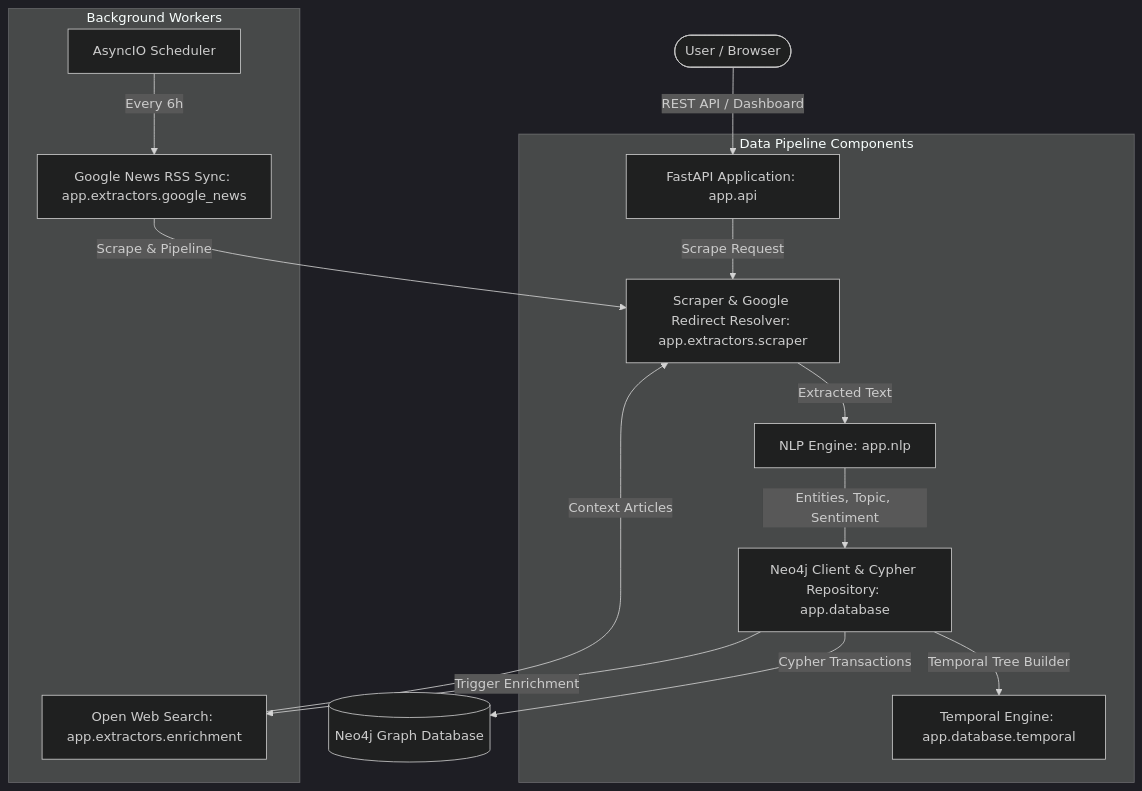
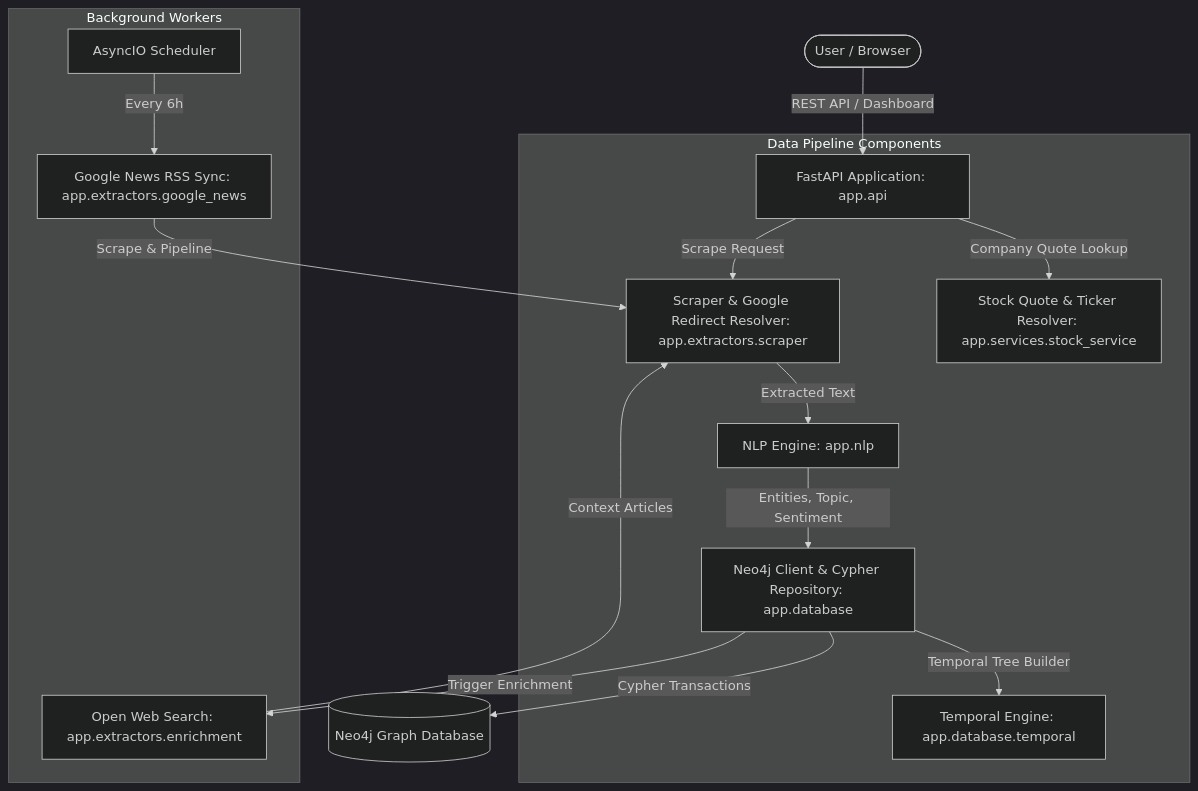
One commit to prabudhap/intelligence-engine changed the diagram in README.md. Above: the diagram before and after it, drawn with Mermaid (dark theme). The commit also changed other lines of this file, not shown here.

Commit message:
docs: update README with stock service, financial analytics, security, and container healthchecks

````diff
--- a/README.md
+++ b/README.md
@@ -21,20 +22,21 @@
 ```mermaid
 graph TD
     User([User / Browser]) -->|REST API / Dashboard| API[FastAPI Application: app.api]
     
     subgraph Data Pipeline Components
         API -->|Scrape Request| Scraper[Scraper & Google Redirect Resolver: app.extractors.scraper]
         Scraper -->|Extracted Text| NLP[NLP Engine: app.nlp]
         NLP -->|Entities, Topic, Sentiment| DB[Neo4j Client & Cypher Repository: app.database]
         DB -->|Temporal Tree Builder| Temporal[Temporal Engine: app.database.temporal]
+        API -->|Company Quote Lookup| Stock[Stock Quote & Ticker Resolver: app.services.stock_service]
     end
     
     subgraph Background Workers
         Cron[AsyncIO Scheduler] -->|Every 6h| NewsWorker[Google News RSS Sync: app.extractors.google_news]
         NewsWorker -->|Scrape & Pipeline| Scraper
         DB -->|Trigger Enrichment| WebEnrich[Open Web Search: app.extractors.enrichment]
         WebEnrich -->|Context Articles| Scraper
     end
 
     DB -->|Cypher Transactions| Neo4j[(Neo4j Graph Database)]
 ```
````
